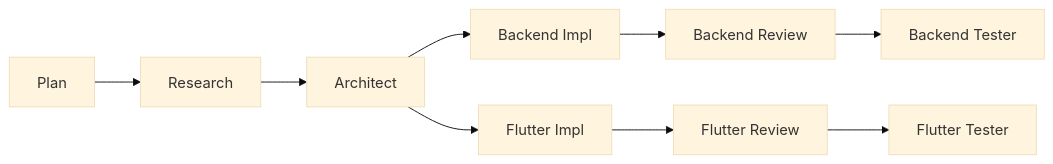
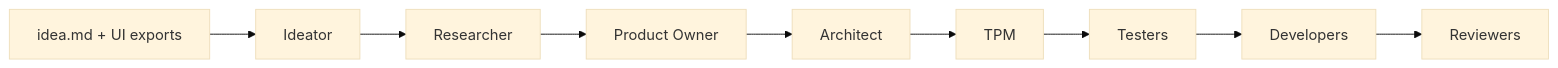
The diagram in README.md (atmohamedamer/agents), drawn with Mermaid (base theme) before and after one commit. The commit also changed other lines of this file and 32 other files, not shown here.

````diff
--- a/README.md
+++ b/README.md
@@ -8,11 +14,11 @@
 ```mermaid
 flowchart LR
-  A[Plan] --> B[Research]
-  B --> C[Architect]
-  C --> BE[Backend Impl]
-  C --> FE[Flutter Impl]
-  BE --> BR[Backend Review]
-  FE --> FR[Flutter Review]
-  BR --> BQ[Backend Tester]
-  FR --> FQ[Flutter Tester]
+    A[idea.md + UI exports] --> B[Ideator]
+    B --> D[Researcher]
+    D --> E[Product Owner]
+    E --> F[Architect]
+    F --> G[TPM]
+    G --> H[Testers]
+    H --> I[Developers]
+    I --> J[Reviewers]
 ```
````
